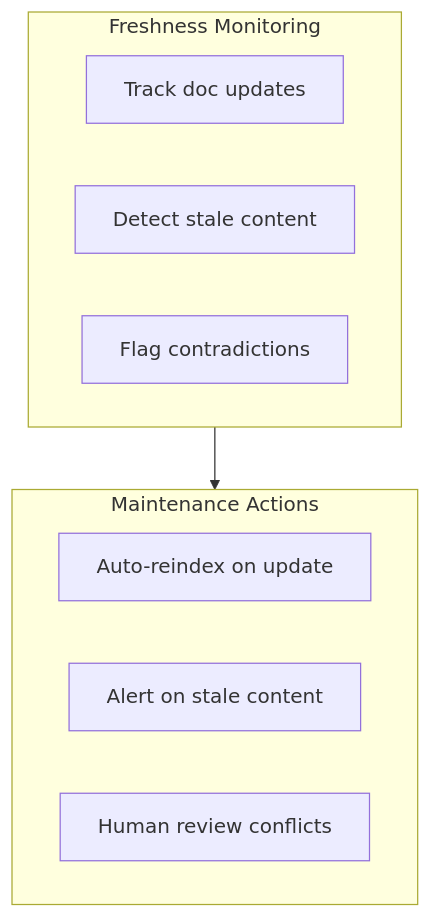
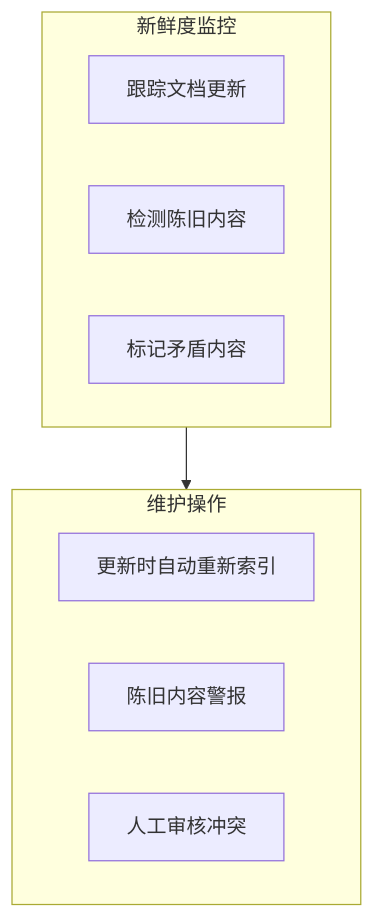
Before and after one commit to stars-labs/ai-driven-customer-service: the second of 3 diagrams in i18n/zh/docusaurus-plugin-content-docs/current/11-knowledge-base.md, drawn with Mermaid. The commit also changed other lines of this file and 15 other files, not shown here.

````diff
--- a/i18n/zh/docusaurus-plugin-content-docs/current/11-knowledge-base.md
+++ b/i18n/zh/docusaurus-plugin-content-docs/current/11-knowledge-base.md
@@ -225,16 +225,16 @@
 ```mermaid
 flowchart TB
-    subgraph Monitor["Freshness Monitoring"]
-        M1[Track doc updates]
-        M2[Detect stale content]
-        M3[Flag contradictions]
+    subgraph Monitor["新鲜度监控"]
+        M1[跟踪文档更新]
+        M2[检测陈旧内容]
+        M3[标记矛盾内容]
     end
 
-    subgraph Actions["Maintenance Actions"]
-        A1[Auto-reindex on update]
-        A2[Alert on stale content]
-        A3[Human review conflicts]
+    subgraph Actions["维护操作"]
+        A1[更新时自动重新索引]
+        A2[陈旧内容警报]
+        A3[人工审核冲突]
     end
 
     Monitor --> Actions
 ```
````
